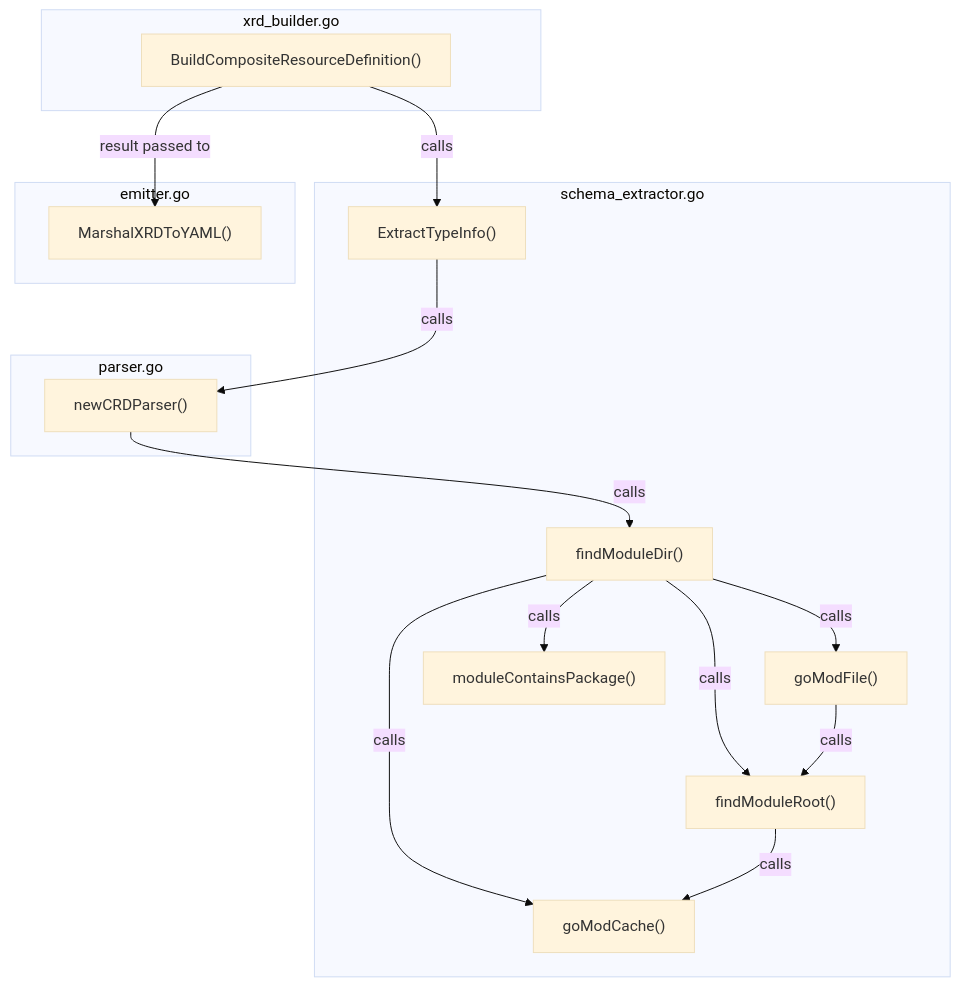
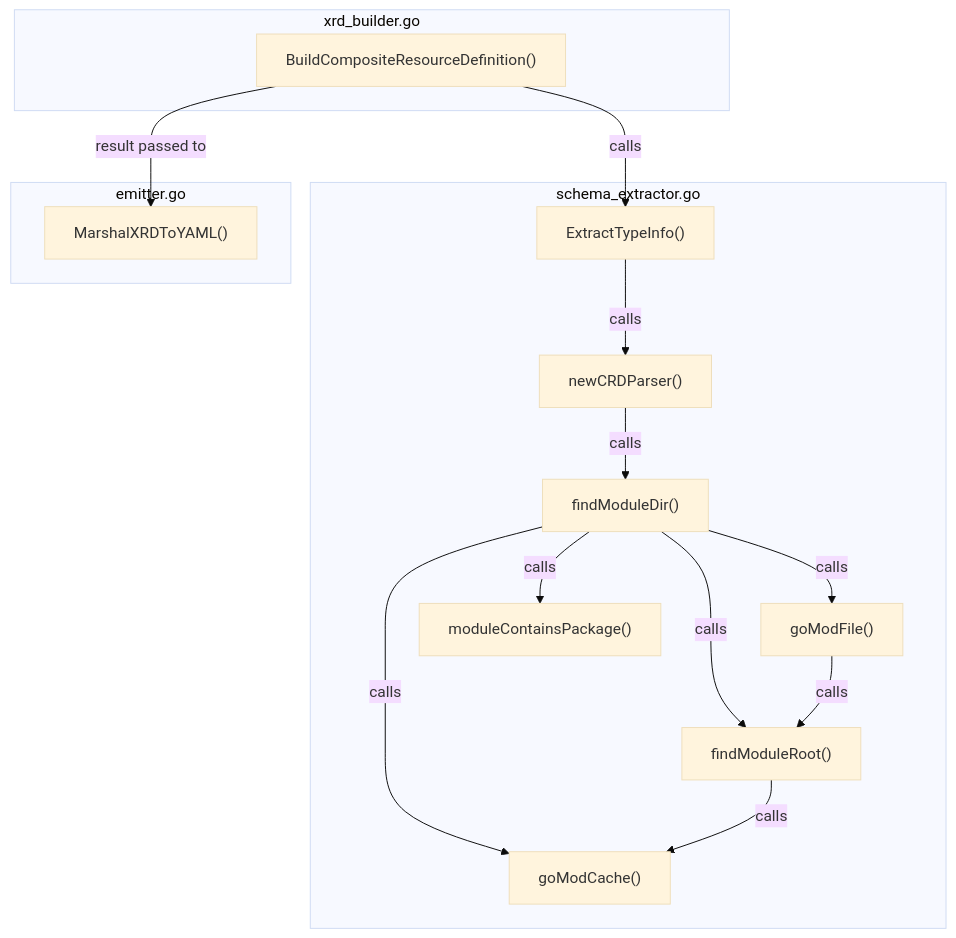
One commit to rezakaramad/xp-kit changed the diagram in modules/generator/architecture.md. Above: the diagram before and after it, drawn with Mermaid (base theme). The commit also changed 2 other files, not shown here.

Commit message:
Merge parser and extractor

````diff
--- a/modules/generator/architecture.md
+++ b/modules/generator/architecture.md
@@ -3,38 +3,35 @@
 ```mermaid
 graph TD
     subgraph xrd_builder.go
         BuildCRD["BuildCompositeResourceDefinition()"]
     end
 
     subgraph schema_extractor.go
+        newCRDParser["newCRDParser()"]
         ExtractTypeInfo["ExtractTypeInfo()"]
         findModuleDir["findModuleDir()"]
         findModuleRoot["findModuleRoot()"]
         goModCache["goModCache()"]
         goModFile["goModFile()"]
         moduleContains["moduleContainsPackage()"]
-    end
-
-    subgraph parser.go
-        newCRDParser["newCRDParser()"]
     end
 
     subgraph emitter.go
         MarshalYAML["MarshalXRDToYAML()"]
     end
 
     BuildCRD -->|"calls"| ExtractTypeInfo
     BuildCRD -->|"result passed to"| MarshalYAML
 
     ExtractTypeInfo -->|"calls"| newCRDParser
 
     newCRDParser -->|"calls"| findModuleDir
 
     findModuleDir -->|"calls"| findModuleRoot
     findModuleDir -->|"calls"| goModCache
     findModuleDir -->|"calls"| goModFile
     findModuleDir -->|"calls"| moduleContains
 
     findModuleRoot -->|"calls"| goModCache
     goModFile -->|"calls"| findModuleRoot
 ```
````
